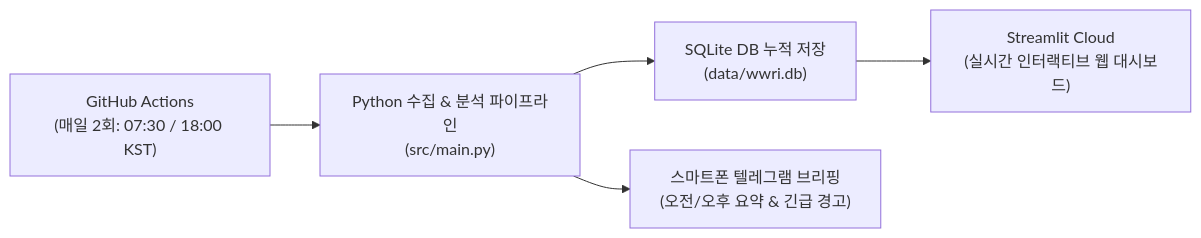
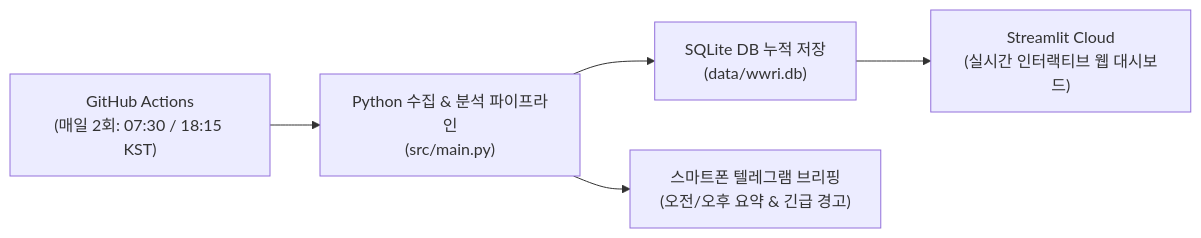
Before and after one commit to expert-san/war-risk-tracker: the diagram in README.md, drawn with Mermaid. The commit also changed 1 other file, not shown here.

Commit message:
fix: move afternoon run to 18:15 KST to avoid top-of-hour congestion

````diff
--- a/README.md
+++ b/README.md
@@ -10,7 +10,7 @@
 ```mermaid
 flowchart LR
-    A["GitHub Actions<br>(매일 2회: 07:30 / 18:00 KST)"] --> B["Python 수집 & 분석 파이프라인<br>(src/main.py)"]
+    A["GitHub Actions<br>(매일 2회: 07:30 / 18:15 KST)"] --> B["Python 수집 & 분석 파이프라인<br>(src/main.py)"]
     B --> C["SQLite DB 누적 저장<br>(data/wwri.db)"]
     B --> D["스마트폰 텔레그램 브리핑<br>(오전/오후 요약 & 긴급 경고)"]
     C --> E["Streamlit Cloud<br>(실시간 인터랙티브 웹 대시보드)"]
 ```
````
